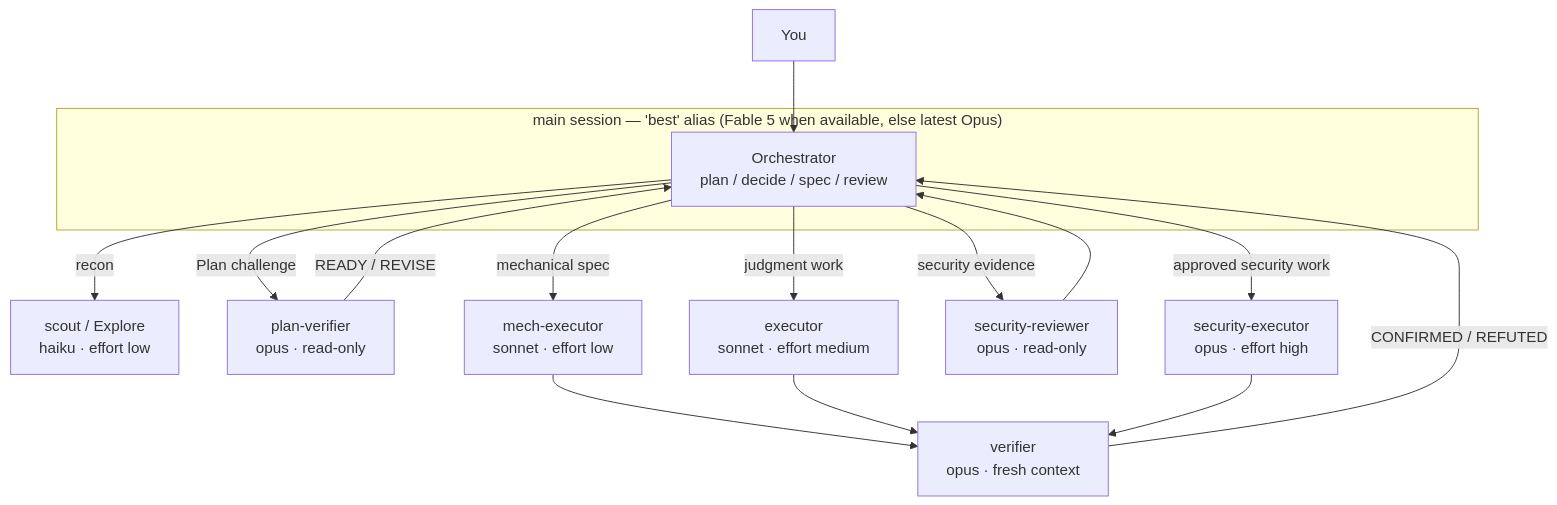
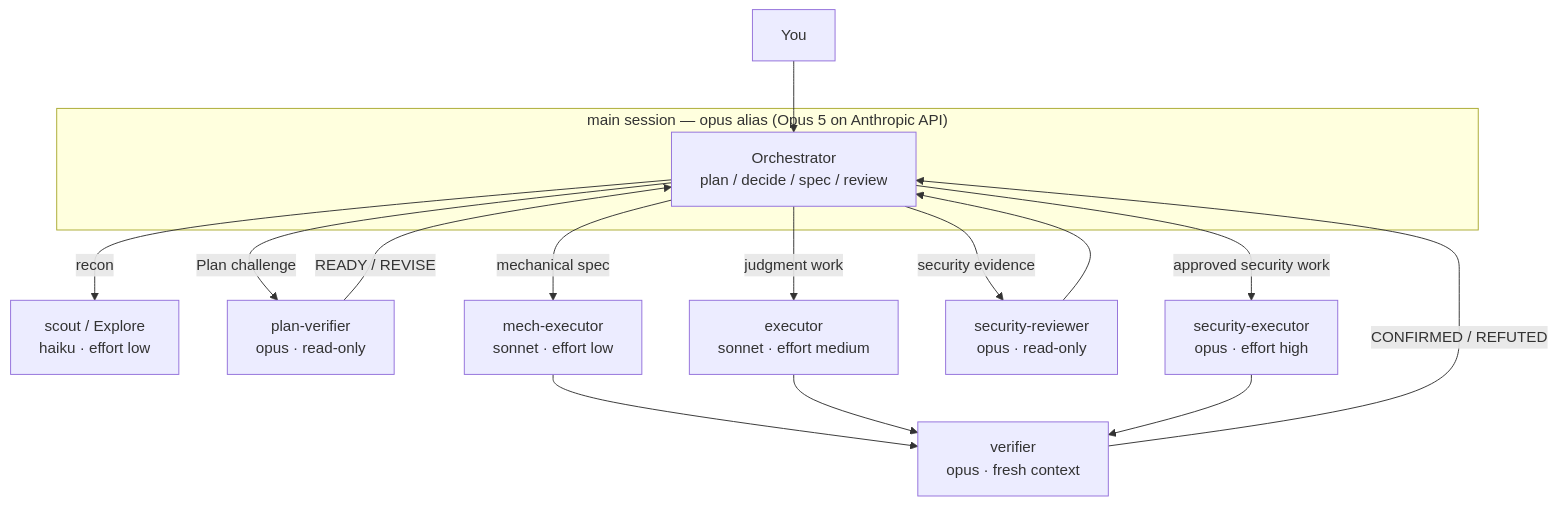
Before and after one commit to Nanako0129/pilotfish: the diagram in README.md, drawn with Mermaid. The commit also changed other lines of this file and 8 other files, not shown here.

````diff
--- a/README.md
+++ b/README.md
@@ -60,19 +62,19 @@
 ```mermaid
 flowchart TD
     U[You] --> O
-    subgraph MAIN["main session — 'best' alias (Fable 5 when available, else latest Opus)"]
+    subgraph MAIN["main session — opus alias (Opus 5 on Anthropic API)"]
         O["Orchestrator<br>plan / decide / spec / review"]
     end
     O -->|recon| S["scout / Explore<br>haiku · effort low"]
     O -->|Plan challenge| PV["plan-verifier<br>opus · read-only"]
     PV -->|READY / REVISE| O
     O -->|mechanical spec| M["mech-executor<br>sonnet · effort low"]
     O -->|judgment work| E["executor<br>sonnet · effort medium"]
     O -->|security evidence| SR["security-reviewer<br>opus · read-only"]
     SR --> O
     O -->|approved security work| SEC["security-executor<br>opus · effort high"]
     M --> V["verifier<br>opus · fresh context"]
     E --> V
     SEC --> V
     V -->|CONFIRMED / REFUTED| O
 ```
````
